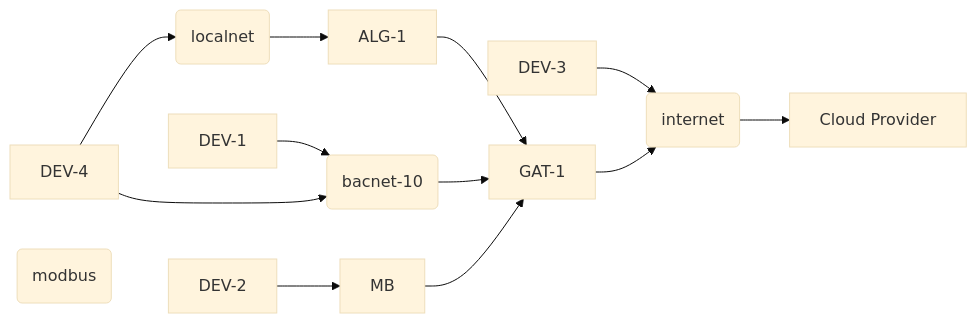
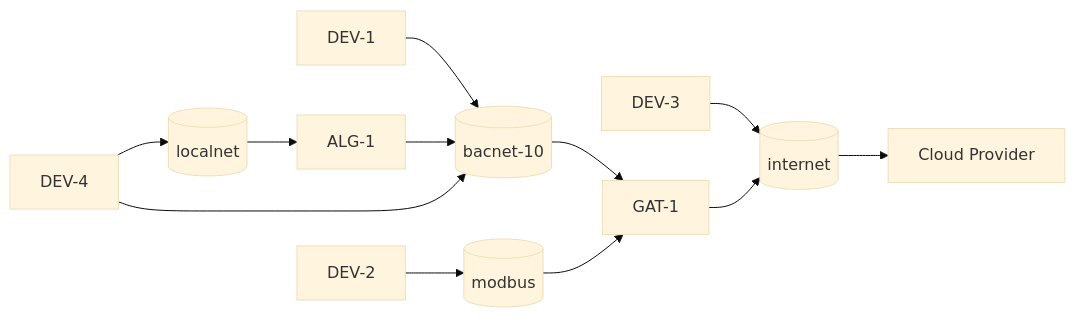
One commit to faucetsdn/udmi changed the diagram in docs/specs/topology.md. Above: the diagram before and after it, drawn with Mermaid (base theme). The commit also changed other lines of this file, not shown here.

````diff
--- a/docs/specs/topology.md
+++ b/docs/specs/topology.md
@@ -29,25 +29,25 @@
 ```mermaid
 flowchart LR
   D1[DEV-1]
   D2[DEV-2]
   D3[DEV-3]
   D4[DEV-4]
   LG[ALG-1]
   IG[GAT-1]
-  BN(bacnet-10)
-  NB(modbus)
-  IP(localnet)
-  IN(internet)
+  BN[(bacnet-10)]
+  MB[(modbus)]
+  IP[(localnet)]
+  IN[(internet)]
   CP[Cloud Provider]
   D1 --> BN
   D2 --> MB
   D3 --> IN
   D4 --> IP
-  LG --> IG
+  LG --> BN
   IG --> IN
   BN --> IG
   MB --> IG
   IN --> CP
   IP --> LG
   D4 --> BN
 ```
````
